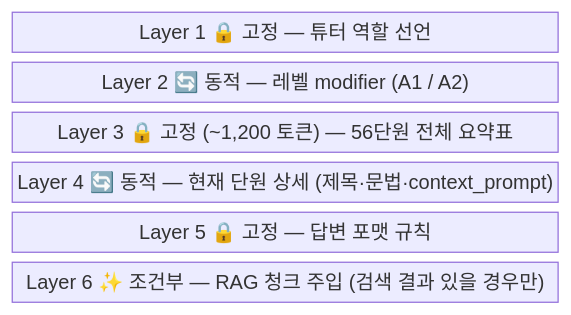
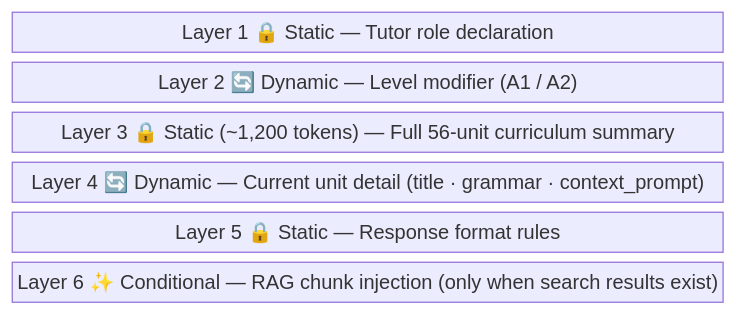
The third of 5 diagrams in blog/src/content/learnings/2026-02-27-ai-pipeline-patterns-lingua-rag.md (JayKim88/AI-LEARNING-NOTE), drawn with Mermaid before and after one commit. The commit also changed other lines of this file, not shown here.

First line of the commit message:
fix(blog/content): translate Mermaid diagram labels to English in ai-pipeline-patterns

````diff
--- a/blog/src/content/learnings/2026-02-27-ai-pipeline-patterns-lingua-rag.md
+++ b/blog/src/content/learnings/2026-02-27-ai-pipeline-patterns-lingua-rag.md
@@ -97,10 +97,10 @@
 ```mermaid
 block-beta
     columns 1
-    L1["Layer 1 🔒 고정  —  튜터 역할 선언"]
-    L2["Layer 2 🔄 동적  —  레벨 modifier (A1 / A2)"]
-    L3["Layer 3 🔒 고정 (~1,200 토큰)  —  56단원 전체 요약표"]
-    L4["Layer 4 🔄 동적  —  현재 단원 상세 (제목·문법·context_prompt)"]
-    L5["Layer 5 🔒 고정  —  답변 포맷 규칙"]
-    L6["Layer 6 ✨ 조건부  —  RAG 청크 주입 (검색 결과 있을 경우만)"]
+    L1["Layer 1 🔒 Static  —  Tutor role declaration"]
+    L2["Layer 2 🔄 Dynamic  —  Level modifier (A1 / A2)"]
+    L3["Layer 3 🔒 Static (~1,200 tokens)  —  Full 56-unit curriculum summary"]
+    L4["Layer 4 🔄 Dynamic  —  Current unit detail (title · grammar · context_prompt)"]
+    L5["Layer 5 🔒 Static  —  Response format rules"]
+    L6["Layer 6 ✨ Conditional  —  RAG chunk injection (only when search results exist)"]
 ```
````
